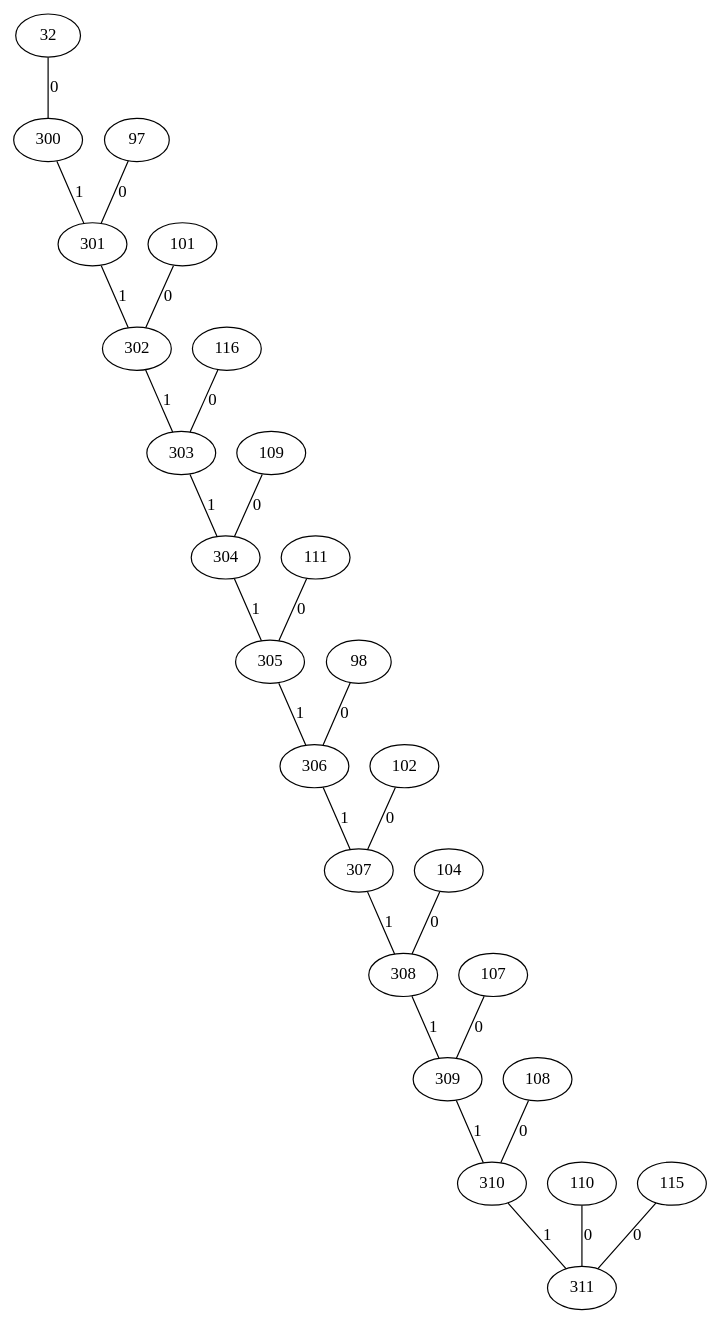
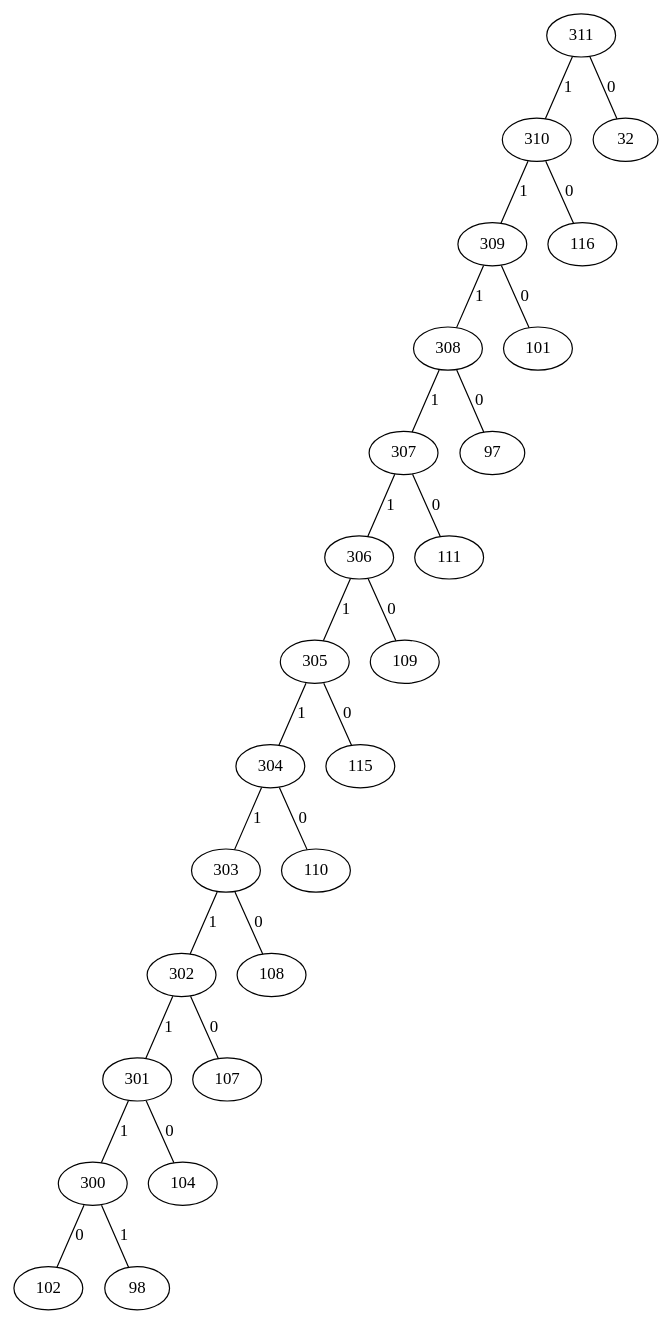
One commit to edneif/prg changed the diagram in grafos-lista-huffman-v0/huffman.dot. Above: the diagram before and after it, drawn with Graphviz. The commit also changed 54 other files, not shown here.

```diff
--- a/grafos-lista-huffman-v0/huffman.dot
+++ b/grafos-lista-huffman-v0/huffman.dot
@@ -1,26 +1,26 @@
 graph {
-	32 -- 300 [label = 0];
-	300 -- 301 [label = 1];
-	97 -- 301 [label = 0];
-	301 -- 302 [label = 1];
-	101 -- 302 [label = 0];
-	302 -- 303 [label = 1];
-	116 -- 303 [label = 0];
-	303 -- 304 [label = 1];
-	109 -- 304 [label = 0];
-	304 -- 305 [label = 1];
-	111 -- 305 [label = 0];
-	305 -- 306 [label = 1];
-	98 -- 306 [label = 0];
-	306 -- 307 [label = 1];
-	102 -- 307 [label = 0];
-	307 -- 308 [label = 1];
-	104 -- 308 [label = 0];
-	308 -- 309 [label = 1];
-	107 -- 309 [label = 0];
-	309 -- 310 [label = 1];
-	108 -- 310 [label = 0];
-	310 -- 311 [label = 1];
-	110 -- 311 [label = 0];
-	115 -- 311 [label = 0];
+	300 -- 102 [label = 0];
+	300 -- 98 [label = 1];
+	301 -- 104 [label = 0];
+	301 -- 300 [label = 1];
+	302 -- 107 [label = 0];
+	302 -- 301 [label = 1];
+	303 -- 108 [label = 0];
+	303 -- 302 [label = 1];
+	304 -- 110 [label = 0];
+	304 -- 303 [label = 1];
+	305 -- 115 [label = 0];
+	305 -- 304 [label = 1];
+	306 -- 109 [label = 0];
+	306 -- 305 [label = 1];
+	307 -- 111 [label = 0];
+	307 -- 306 [label = 1];
+	308 -- 97 [label = 0];
+	308 -- 307 [label = 1];
+	309 -- 101 [label = 0];
+	309 -- 308 [label = 1];
+	310 -- 116 [label = 0];
+	310 -- 309 [label = 1];
+	311 -- 32 [label = 0];
+	311 -- 310 [label = 1];
 }
```
